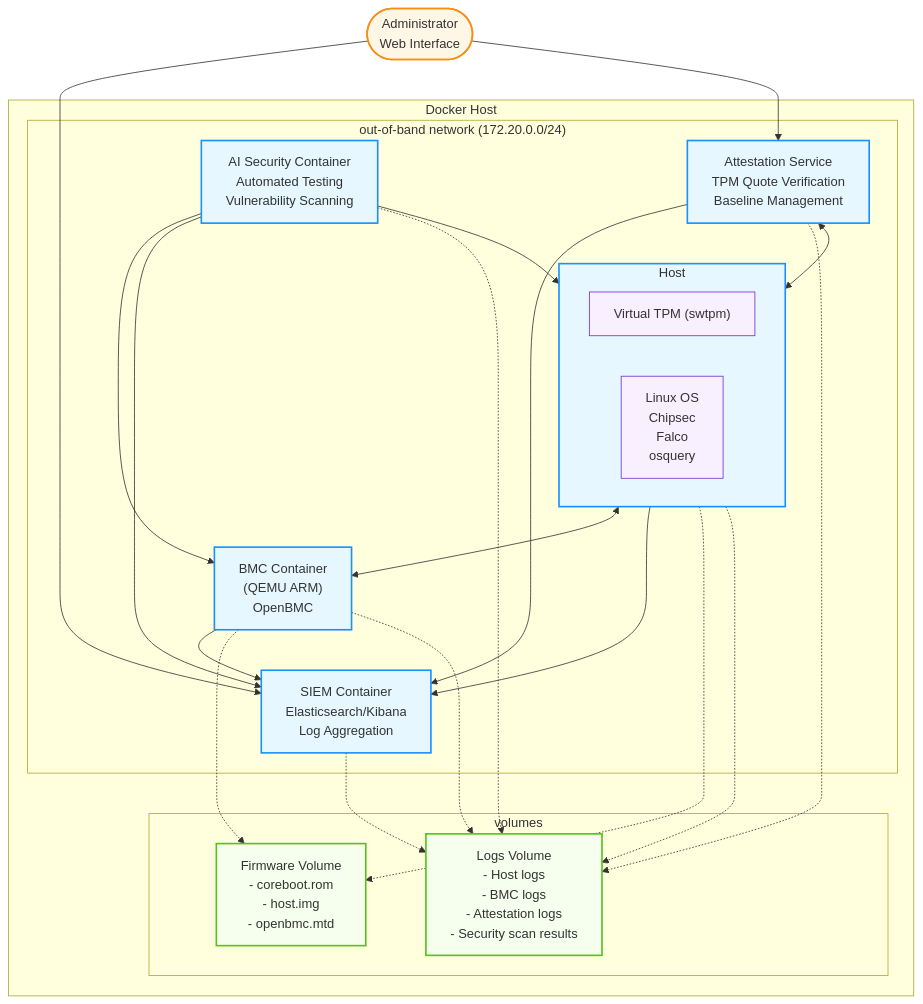
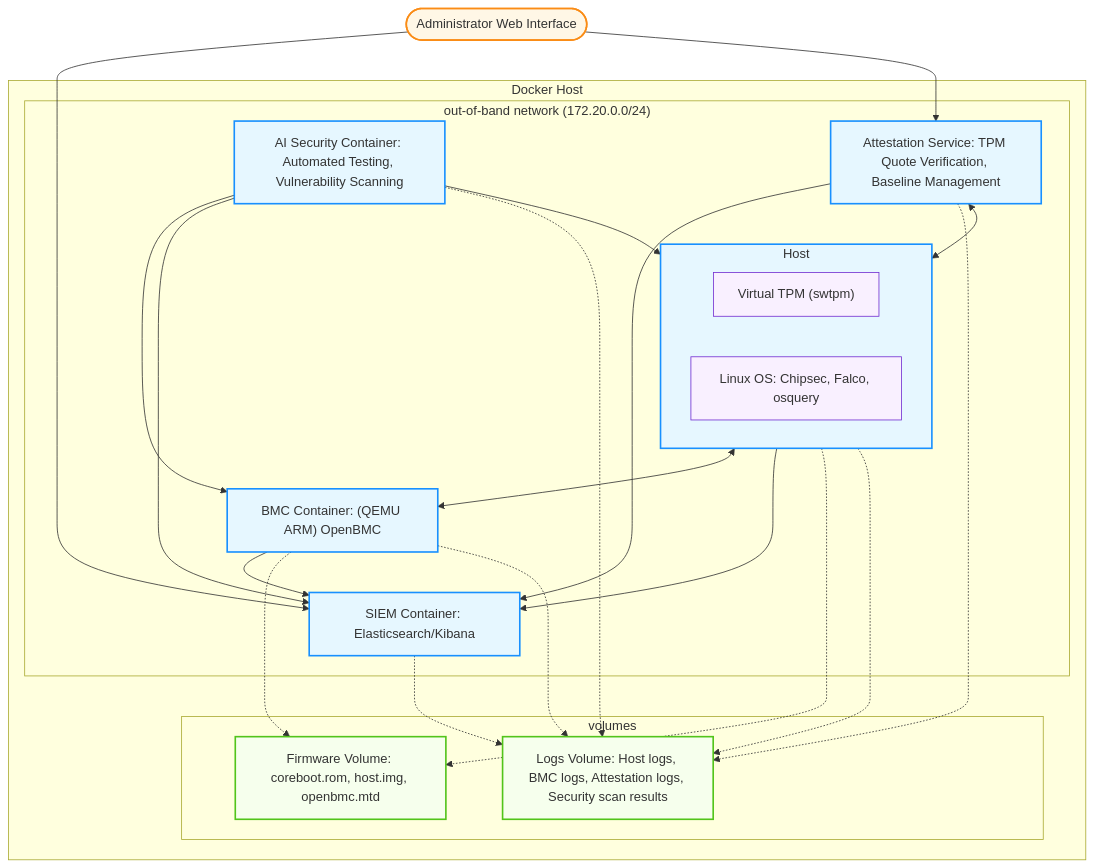
One commit to gaahrdner/the-last-of-trust changed the diagram in README.md. Above: the diagram before and after it, drawn with Mermaid.

````diff
--- a/README.md
+++ b/README.md
@@ -22,56 +22,56 @@
 ```mermaid
 flowchart TB
     subgraph Docker Host
         subgraph "out-of-band network (172.20.0.0/24)"
-            Host["Host Container\n(QEMU x86_64)\nCoreboot+LinuxBoot"]
-            BMC["BMC Container\n(QEMU ARM)\nOpenBMC"]
-            SIEM["SIEM Container\nElasticsearch/Kibana\nLog Aggregation"]
-            Attestation["Attestation Service\nTPM Quote Verification\nBaseline Management"]
-            AIOffensive["AI Security Container\nAutomated Testing\nVulnerability Scanning"]
+            Host["Host Container: (QEMU x86_64) Coreboot+LinuxBoot"]
+            BMC["BMC Container: (QEMU ARM) OpenBMC"]
+            SIEM["SIEM Container: Elasticsearch/Kibana"]
+            Attestation["Attestation Service: TPM Quote Verification, Baseline Management"]
+            AIOffensive["AI Security Container: Automated Testing, Vulnerability Scanning"]
             
             subgraph Host
                 TPM["Virtual TPM (swtpm)"]
-                HostOS["Linux OS\nChipsec\nFalco\nosquery"]
+                HostOS["Linux OS: Chipsec, Falco, osquery"]
             end
         end
         
         subgraph "volumes"
-            FirmwareVol["Firmware Volume\n- coreboot.rom\n- host.img\n- openbmc.mtd"]
-            LogVol["Logs Volume\n- Host logs\n- BMC logs\n- Attestation logs\n- Security scan results"]
+            FirmwareVol["Firmware Volume: coreboot.rom, host.img, openbmc.mtd"]
+            LogVol["Logs Volume: Host logs, BMC logs, Attestation logs, Security scan results"]
         end
     end
     
-    Admin(["Administrator\nWeb Interface"])
+    Admin(["Administrator Web Interface"])
     
     %% Connections
     Host <--> BMC
     Host --> SIEM
     BMC --> SIEM
     Attestation <--> Host
     Attestation --> SIEM
     AIOffensive --> Host
     AIOffensive --> BMC
     AIOffensive --> SIEM
     
     Host -.-> FirmwareVol
     BMC -.-> FirmwareVol
     SIEM -.-> LogVol
     Host -.-> LogVol
     BMC -.-> LogVol
     Attestation -.-> LogVol
     AIOffensive -.-> LogVol
     
     Admin --> SIEM
     Admin --> Attestation
     
     %% Styles
     classDef container fill:#e6f7ff,stroke:#1890ff,stroke-width:2px
     classDef volume fill:#f6ffed,stroke:#52c41a,stroke-width:2px
     classDef component fill:#f9f0ff,stroke:#722ed1,stroke-width:1px
     classDef external fill:#fff7e6,stroke:#fa8c16,stroke-width:2px
     
     class Host,BMC,SIEM,Attestation,AIOffensive container
     class FirmwareVol,LogVol volume
     class TPM,HostOS component
     class Admin external
 ```
````
